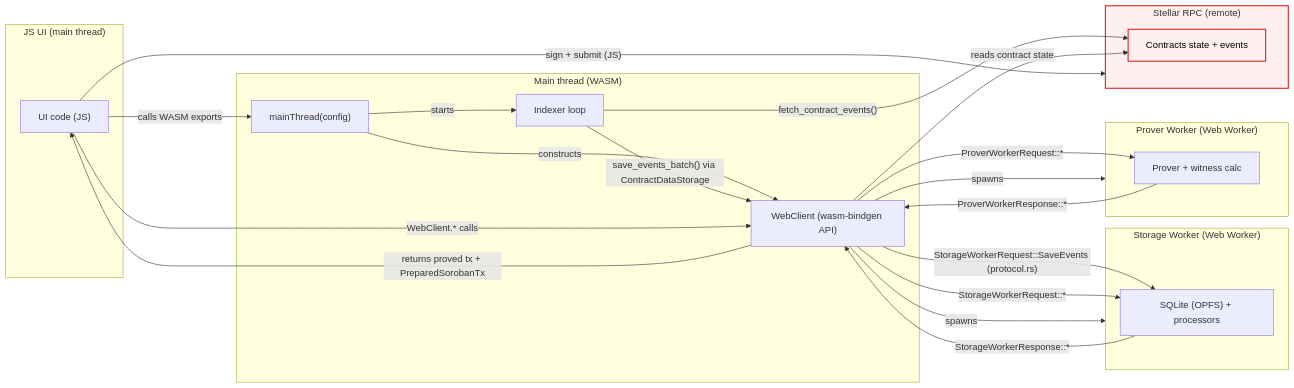
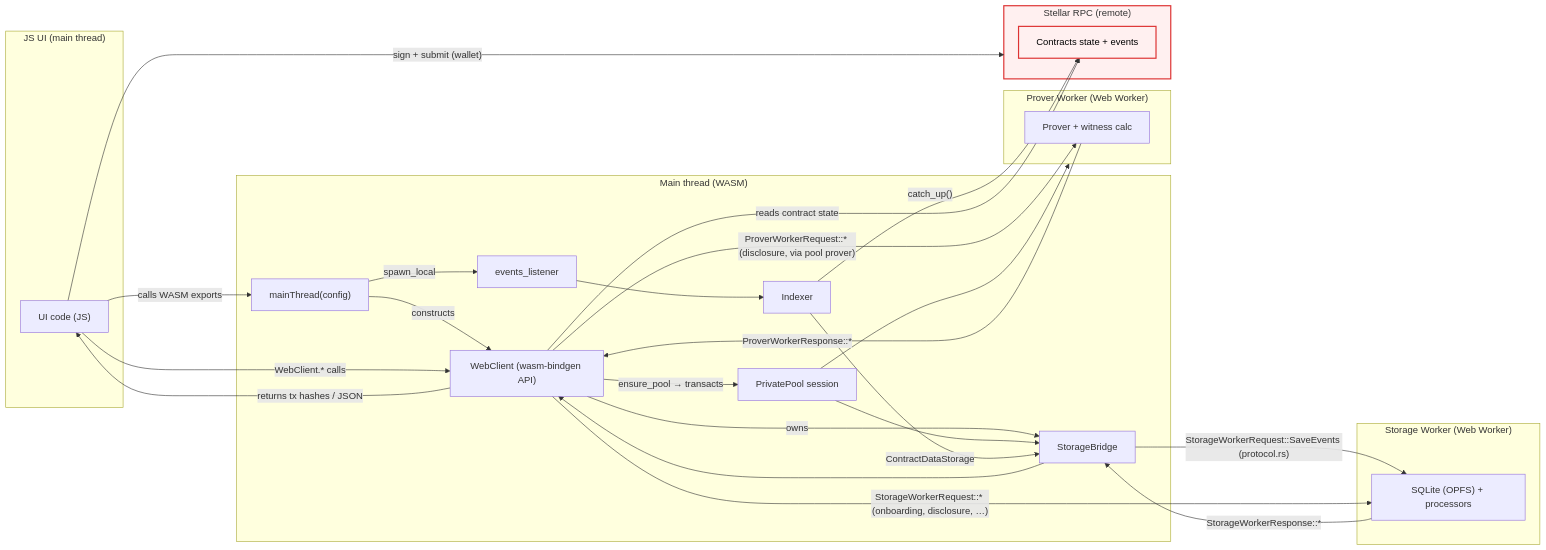
One commit to NethermindEth/stellar-private-payments changed the diagram in app/ARCHITECTURE.md. Above: the diagram before and after it, drawn with Mermaid. The commit also changed other lines of this file and 9 other files, not shown here.

````diff
--- a/app/ARCHITECTURE.md
+++ b/app/ARCHITECTURE.md
@@ -62,51 +76,57 @@
 ```mermaid
 flowchart LR
   %% Main thread
   subgraph JS["JS UI (main thread)"]
     UI["UI code (JS)"]
   end
 
   subgraph WASM["Main thread (WASM)"]
     MT["mainThread(config)"]
     WC["WebClient (wasm-bindgen API)"]
-    IDX["Indexer loop"]
+    PP["PrivatePool session"]
+    SB["StorageBridge"]
+    EL["events_listener"]
+    IDX["Indexer"]
   end
 
   %% Workers
   subgraph SW["Storage Worker (Web Worker)"]
     DB["SQLite (OPFS) + processors"]
   end
 
   subgraph PW["Prover Worker (Web Worker)"]
     PR["Prover + witness calc"]
   end
 
   %% Remote dependency (not local)
   subgraph RPC["Stellar RPC (remote)"]
     RPCAPI["Contracts state + events"]
   end
 
   UI -->|"calls WASM exports"| MT
   MT -->|"constructs"| WC
+  WC -->|"owns"| SB
+  WC -->|"ensure_pool → transacts"| PP
+  PP --> SB
+  PP --> PW
 
-  WC -->|"spawns"| SW
-  WC -->|"spawns"| PW
-
-  MT -->|"starts"| IDX
-  IDX -->|"fetch_contract_events()"| RPCAPI
-  IDX -->|"save_events_batch() via ContractDataStorage"| WC
-  WC -->|"StorageWorkerRequest::SaveEvents (protocol.rs)"| DB
+  MT -->|"spawn_local"| EL
+  EL --> IDX
+  IDX -->|"catch_up()"| RPCAPI
+  IDX -->|"ContractDataStorage"| SB
+  SB -->|"StorageWorkerRequest::SaveEvents (protocol.rs)"| DB
 
   UI -->|"WebClient.* calls"| WC
   WC -->|"reads contract state"| RPCAPI
-  WC -->|"StorageWorkerRequest::*"| DB
-  WC -->|"ProverWorkerRequest::*"| PR
+  WC -->|"StorageWorkerRequest::* (onboarding, disclosure, …)"| DB
+  WC -->|"ProverWorkerRequest::* (disclosure, via pool prover)"| PR
   PR -->|"ProverWorkerResponse::*"| WC
-  DB -->|"StorageWorkerResponse::*"| WC
-  WC -->|"returns proved tx + PreparedSorobanTx"| UI
-  UI -->|"sign + submit (JS)"| RPC
+  DB -->|"StorageWorkerResponse::*"| SB
+  SB --> WC
+  WC -->|"returns tx hashes / JSON"| UI
+  UI -->|"sign + submit (wallet)"| RPC
 
   classDef remote fill:#fff0f0,stroke:#d33,stroke-width:2px,color:#000;
   style RPC fill:#fff0f0,stroke:#d33,stroke-width:2px;
   class RPCAPI remote;
 ```
````
